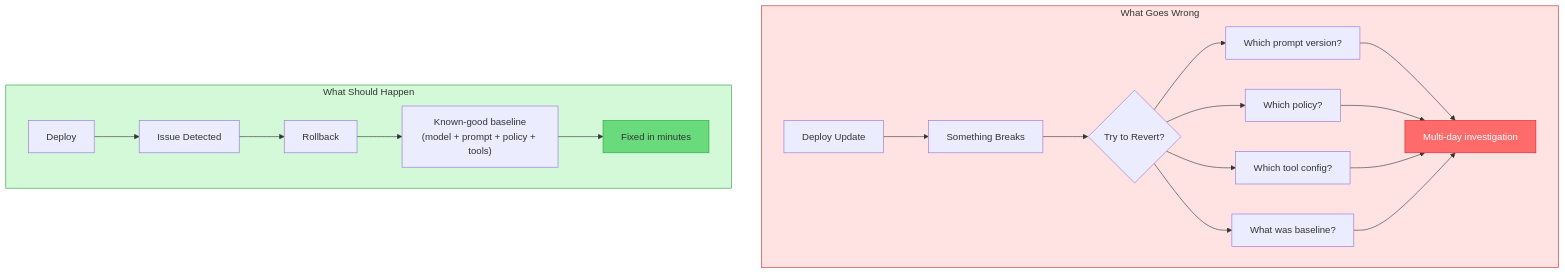
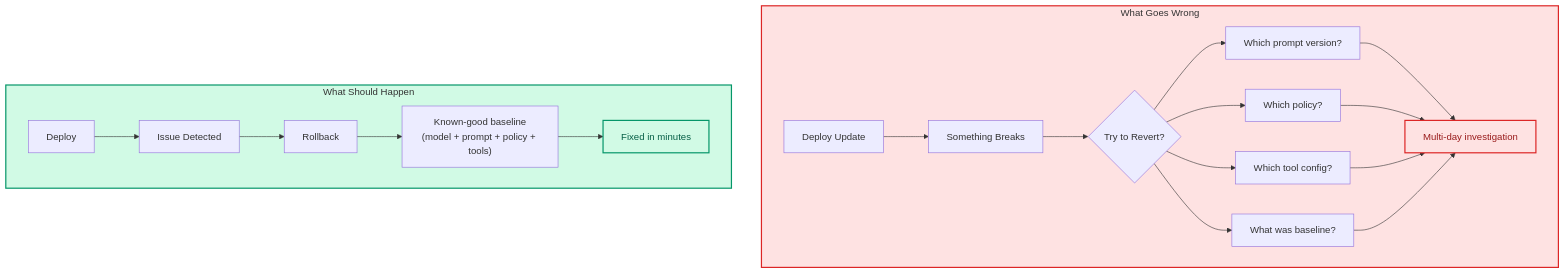
Before and after one commit to whoisrade/agentic-field-manual: the diagram in 06-operations/rollout-and-rollback.md, drawn with Mermaid. The commit also changed 18 other files, not shown here.

Commit message:
refine mermaid diagrams with enterprise color palette

````diff
--- a/06-operations/rollout-and-rollback.md
+++ b/06-operations/rollout-and-rollback.md
@@ -25,26 +25,26 @@
 ```mermaid
 flowchart TB
     subgraph Problem["What Goes Wrong"]
-        Deploy[Deploy Update] --> Fail[Something Breaks]
-        Fail --> Revert{Try to Revert?}
+        Deploy["Deploy Update"] --> Fail["Something Breaks"]
+        Fail --> Revert{"Try to Revert?"}
         
         Revert --> Q1["Which prompt version?"]
         Revert --> Q2["Which policy?"]
         Revert --> Q3["Which tool config?"]
         Revert --> Q4["What was baseline?"]
         
         Q1 & Q2 & Q3 & Q4 --> Pain["Multi-day investigation"]
     end
     
     subgraph Solution["What Should Happen"]
-        D2[Deploy] --> F2[Issue Detected]
-        F2 --> R2[Rollback]
+        D2["Deploy"] --> F2["Issue Detected"]
+        F2 --> R2["Rollback"]
         R2 --> Baseline["Known-good baseline<br/>(model + prompt + policy + tools)"]
         Baseline --> Fixed["Fixed in minutes"]
     end
     
-    style Problem fill:#ffe3e3,stroke:#c92a2a
-    style Solution fill:#d3f9d8,stroke:#2f9e44
-    style Pain fill:#ff6b6b,stroke:#c92a2a,color:#fff
-    style Fixed fill:#69db7c,stroke:#2f9e44
+    style Problem fill:#fee2e2,stroke:#dc2626,stroke-width:2px
+    style Solution fill:#d1fae5,stroke:#059669,stroke-width:2px
+    style Pain fill:#fee2e2,stroke:#dc2626,stroke-width:2px,color:#991b1b
+    style Fixed fill:#d1fae5,stroke:#059669,stroke-width:2px,color:#065f46
 ```
````
